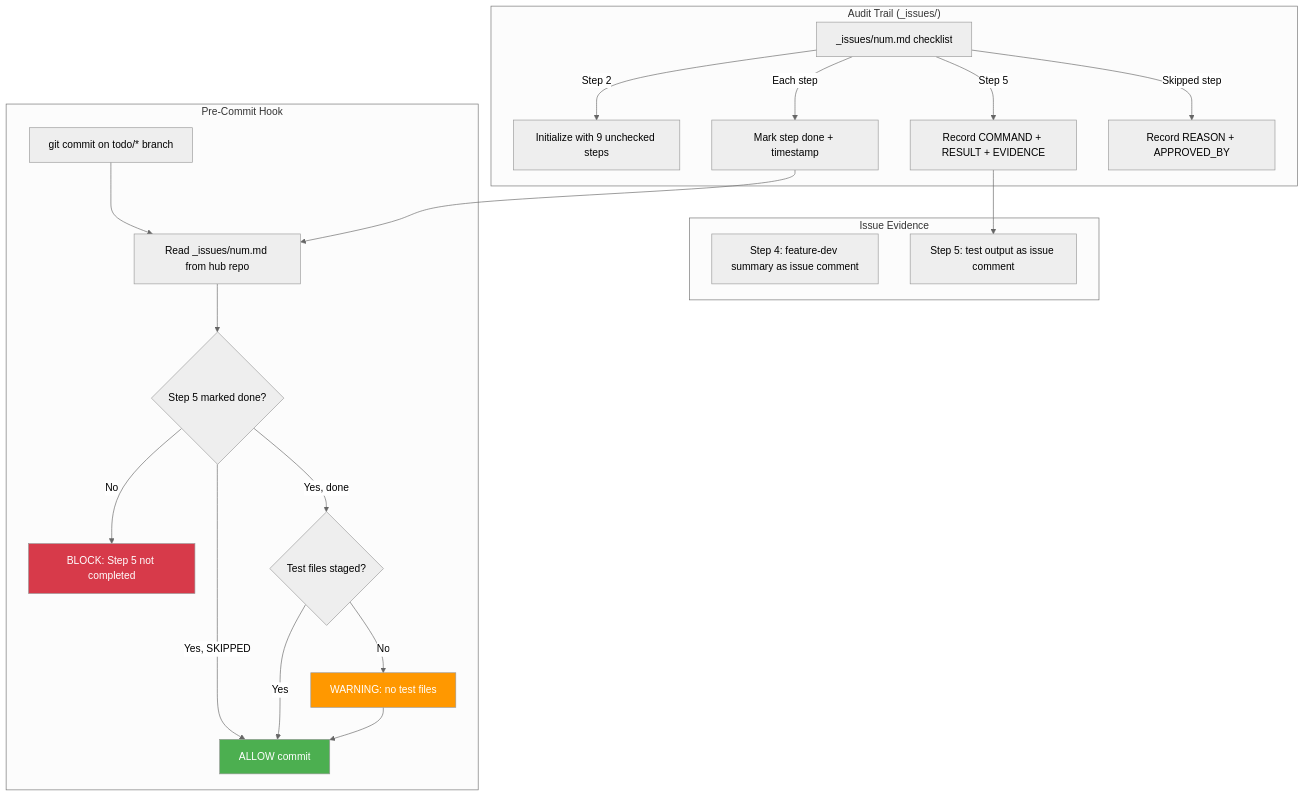
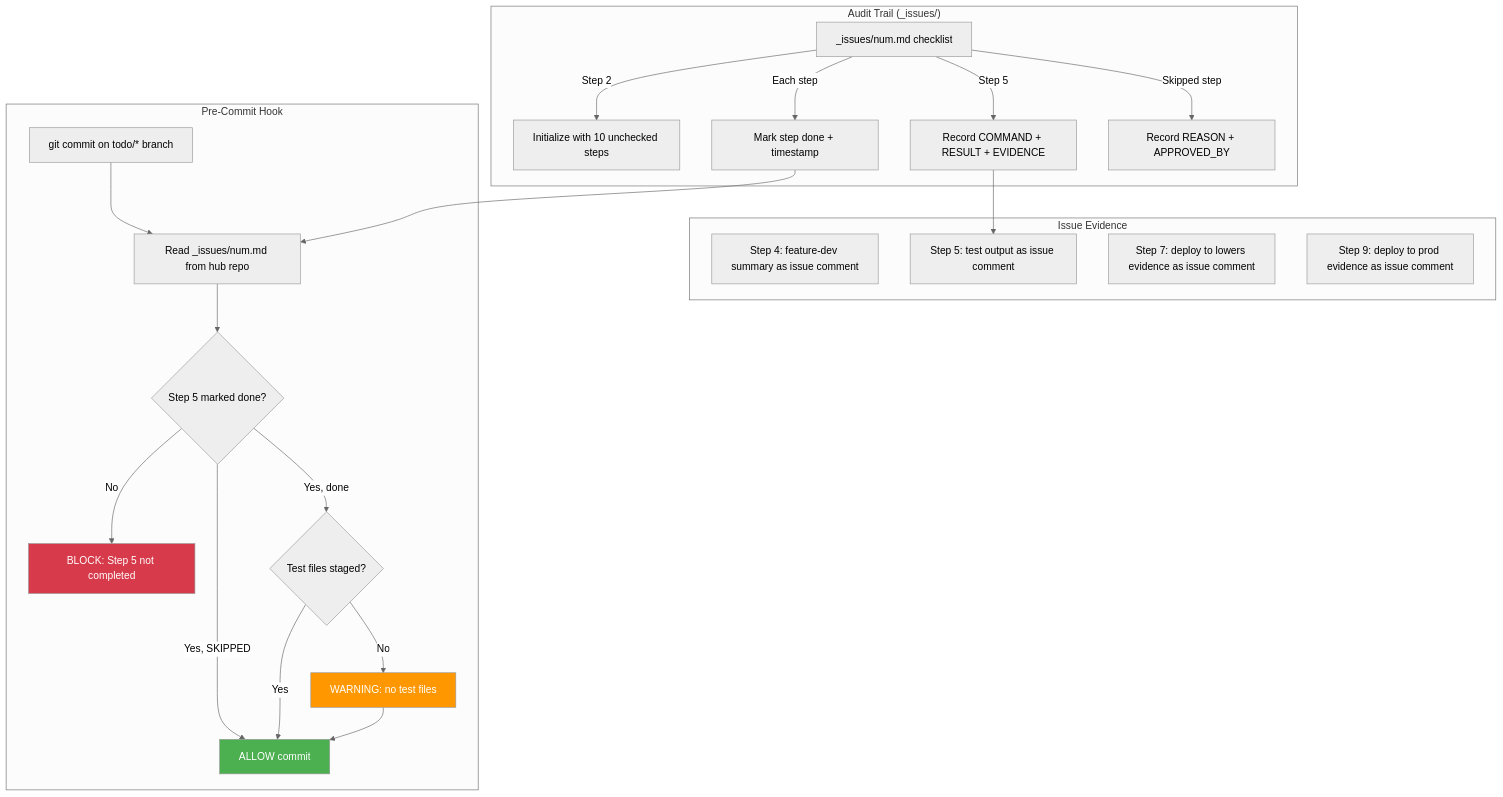
The fifth of 5 diagrams in docs/WORKFLOW_DIAGRAM.md (mblua/todo-workflow), drawn with Mermaid (neutral theme) before and after one commit. The commit also changed other lines of this file and 7 other files, not shown here.

First line of the commit message:
feat: 10-step workflow with deploy steps + slug branch naming (3.0.0)

````diff
--- a/docs/WORKFLOW_DIAGRAM.md
+++ b/docs/WORKFLOW_DIAGRAM.md
@@ -156,33 +161,35 @@
 ```mermaid
 flowchart TD
     subgraph AUDIT["Audit Trail (_issues/)"]
         CL[_issues/num.md checklist]
-        CL --> |Step 2| INIT[Initialize with 9 unchecked steps]
+        CL --> |Step 2| INIT[Initialize with 10 unchecked steps]
         CL --> |Each step| UPDATE[Mark step done + timestamp]
         CL --> |Step 5| EVIDENCE[Record COMMAND + RESULT + EVIDENCE]
         CL --> |Skipped step| SKIP_REC[Record REASON + APPROVED_BY]
     end
 
     subgraph GITHUB["Issue Evidence"]
         S4_COMMENT[Step 4: feature-dev summary as issue comment]
         S5_COMMENT[Step 5: test output as issue comment]
+        S7_COMMENT[Step 7: deploy to lowers evidence as issue comment]
+        S9_COMMENT[Step 9: deploy to prod evidence as issue comment]
     end
 
     subgraph HOOK["Pre-Commit Hook"]
         COMMIT[git commit on todo/* branch]
         COMMIT --> READ[Read _issues/num.md from hub repo]
         READ --> CHECK5{Step 5 marked done?}
         CHECK5 -->|No| REJECT[BLOCK: Step 5 not completed]
         CHECK5 -->|Yes, SKIPPED| ALLOW[ALLOW commit]
         CHECK5 -->|Yes, done| TESTS{Test files staged?}
         TESTS -->|Yes| ALLOW
         TESTS -->|No| WARN[WARNING: no test files] --> ALLOW
     end
 
     EVIDENCE --> S5_COMMENT
     UPDATE --> READ
 
     style REJECT fill:#D73A4A,color:#fff
     style ALLOW fill:#4CAF50,color:#fff
     style WARN fill:#FF9800,color:#fff
 ```
````
